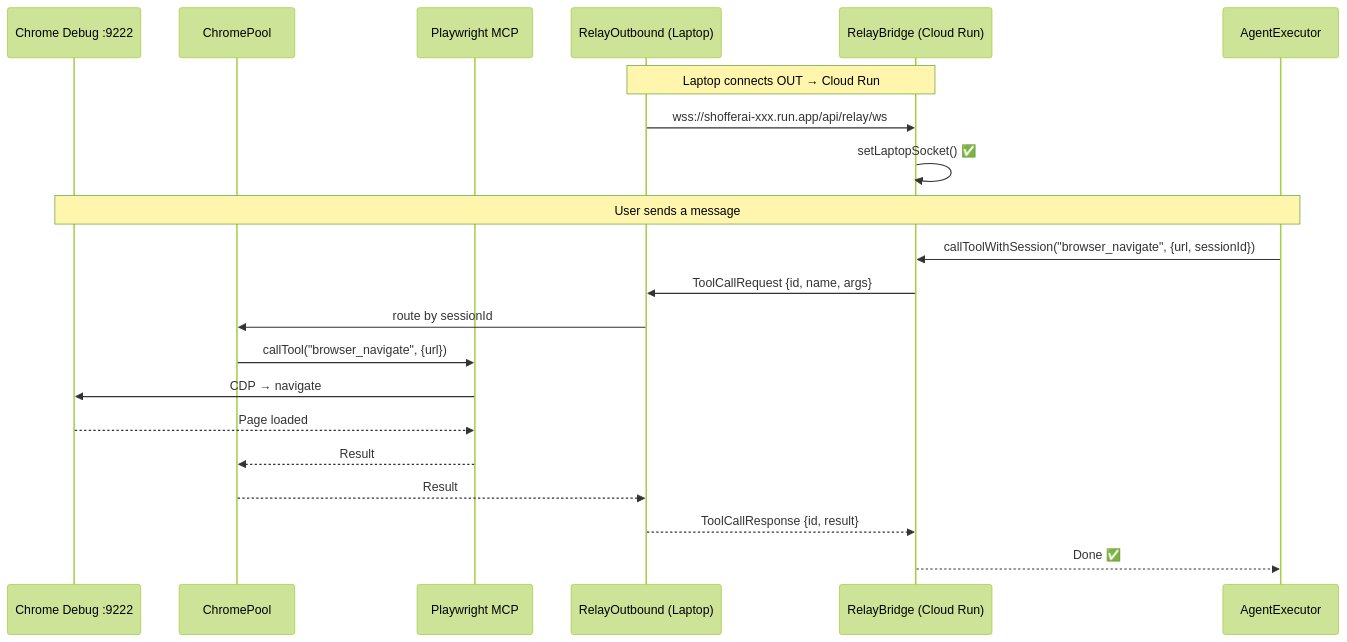
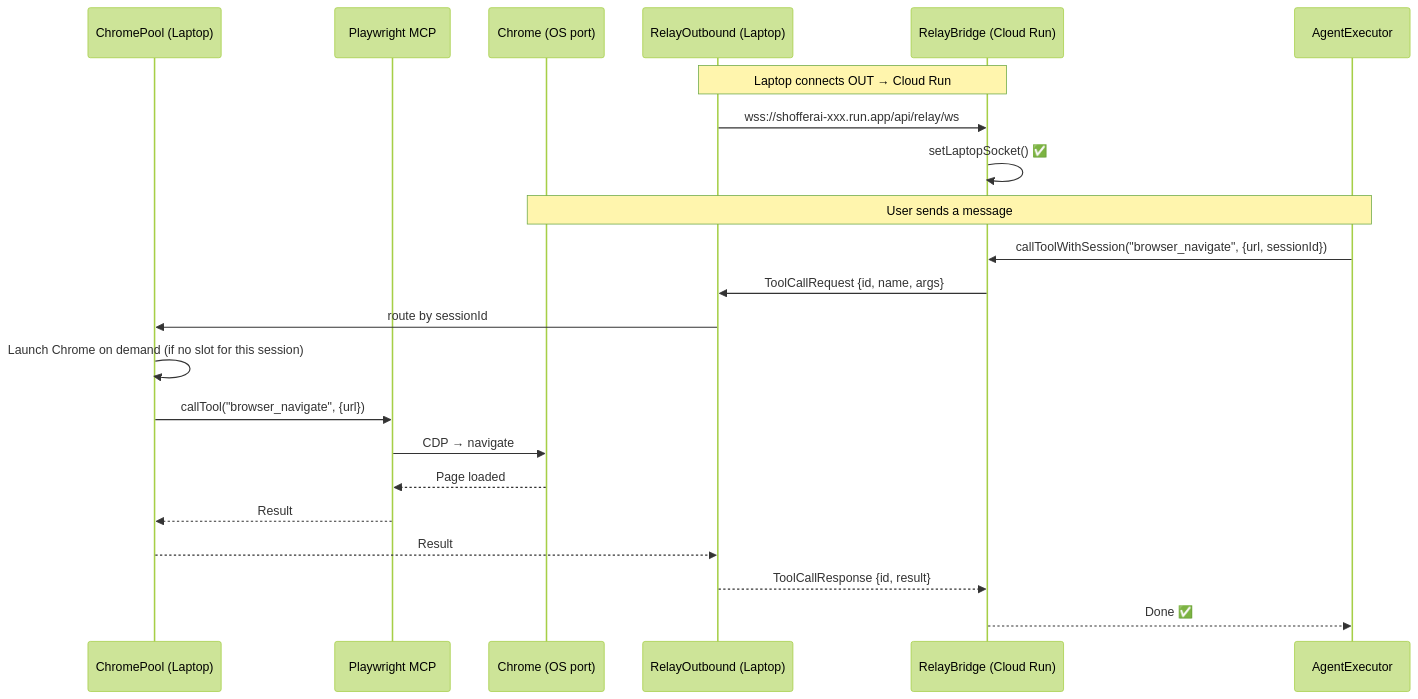
Before and after one commit to rohitsingh30/shofferAi: the second of 3 diagrams in docs/DEPLOYMENT.md, drawn with Mermaid (forest theme). The commit also changed other lines of this file and 9 other files, not shown here.

First line of the commit message:
refactor: lazy ChromePool + OS-assigned ports, no manual Chrome needed

````diff
--- a/docs/DEPLOYMENT.md
+++ b/docs/DEPLOYMENT.md
@@ -88,27 +91,28 @@
 ```mermaid
 sequenceDiagram
-    participant Chrome as Chrome Debug :9222
-    participant Pool as ChromePool
+    participant Pool as ChromePool (Laptop)
     participant MCP as Playwright MCP
+    participant Chrome as Chrome (OS port)
     participant Relay as RelayOutbound (Laptop)
     participant Bridge as RelayBridge (Cloud Run)
     participant Agent as AgentExecutor
 
     Note over Relay,Bridge: Laptop connects OUT → Cloud Run
 
     Relay->>Bridge: wss://shofferai-xxx.run.app/api/relay/ws
     Bridge->>Bridge: setLaptopSocket() ✅
     
     Note over Agent,Chrome: User sends a message
 
     Agent->>Bridge: callToolWithSession("browser_navigate", {url, sessionId})
     Bridge->>Relay: ToolCallRequest {id, name, args}
     Relay->>Pool: route by sessionId
+    Pool->>Pool: Launch Chrome on demand (if no slot for this session)
     Pool->>MCP: callTool("browser_navigate", {url})
     MCP->>Chrome: CDP → navigate
     Chrome-->>MCP: Page loaded
     MCP-->>Pool: Result
     Pool-->>Relay: Result
     Relay-->>Bridge: ToolCallResponse {id, result}
     Bridge-->>Agent: Done ✅
 ```
````
